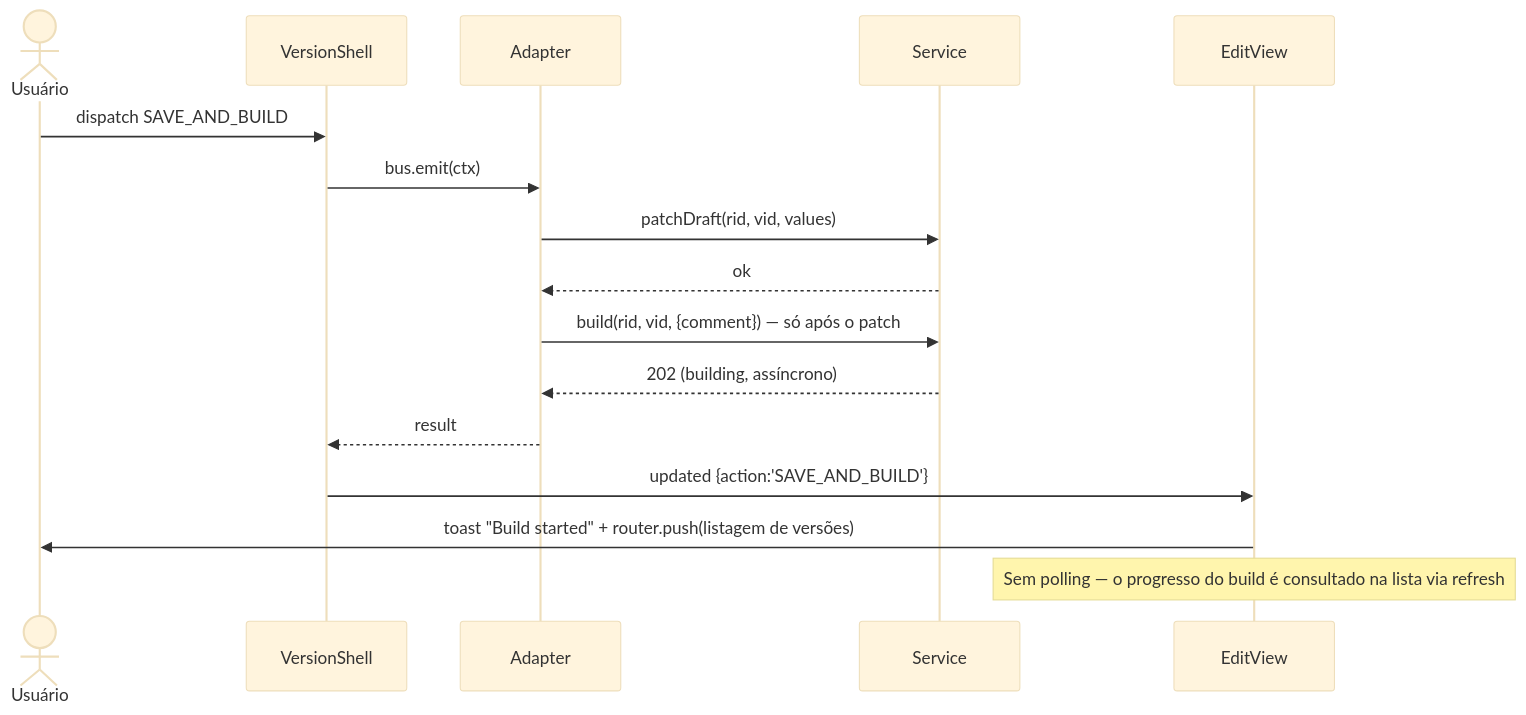
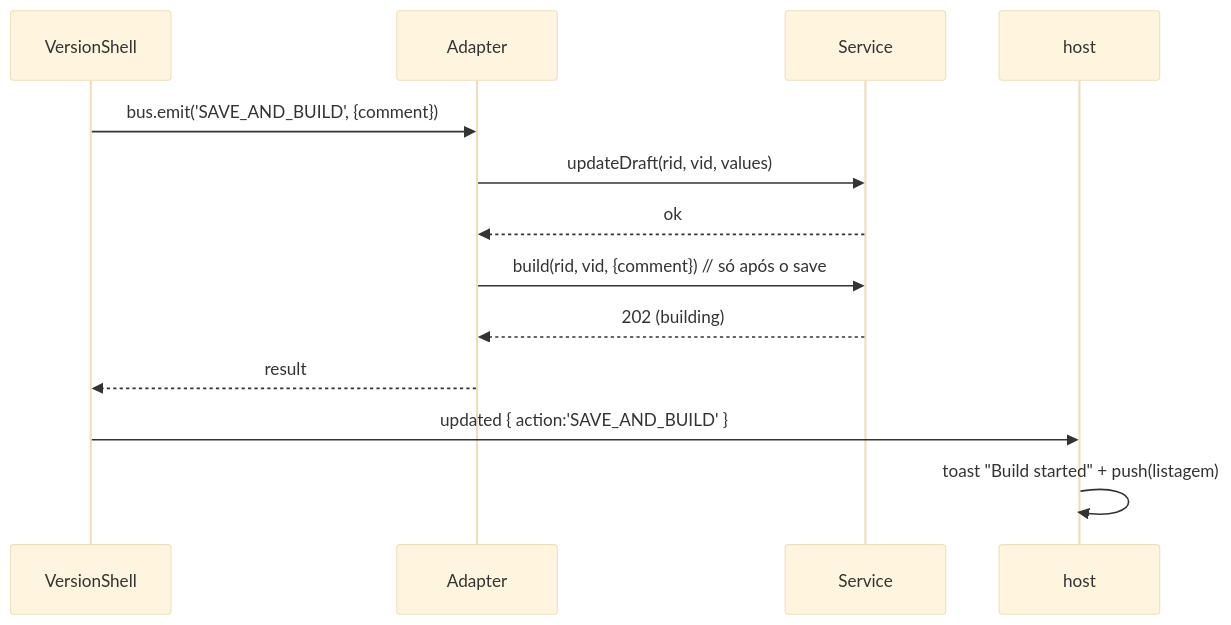
The sixth of 10 diagrams in docs/VERSION-SHELL.md (aziontech/azion-console-kit), drawn with Mermaid (base theme) before and after one commit. The commit also changed other lines of this file and 68 other files, not shown here.

````diff
--- a/docs/VERSION-SHELL.md
+++ b/docs/VERSION-SHELL.md
@@ -347,19 +1170,15 @@
 ```mermaid
 sequenceDiagram
-  actor U as Usuário
   participant SH as VersionShell
   participant AD as Adapter
   participant SV as Service
-  participant EV as EditView
-
-  U->>SH: dispatch SAVE_AND_BUILD
-  SH->>AD: bus.emit(ctx)
-  AD->>SV: patchDraft(rid, vid, values)
+  participant H as host
+  SH->>AD: bus.emit('SAVE_AND_BUILD', {comment})
+  AD->>SV: updateDraft(rid, vid, values)
   SV-->>AD: ok
-  AD->>SV: build(rid, vid, {comment})  — só após o patch
-  SV-->>AD: 202 (building, assíncrono)
+  AD->>SV: build(rid, vid, {comment})   // só após o save
+  SV-->>AD: 202 (building)
   AD-->>SH: result
-  SH->>EV: updated {action:'SAVE_AND_BUILD'}
-  EV->>U: toast "Build started" + router.push(listagem de versões)
-  Note over EV: Sem polling — o progresso do build é consultado na lista via refresh
+  SH->>H: updated { action:'SAVE_AND_BUILD' }
+  H->>H: toast "Build started" + push(listagem)
 ```
````
